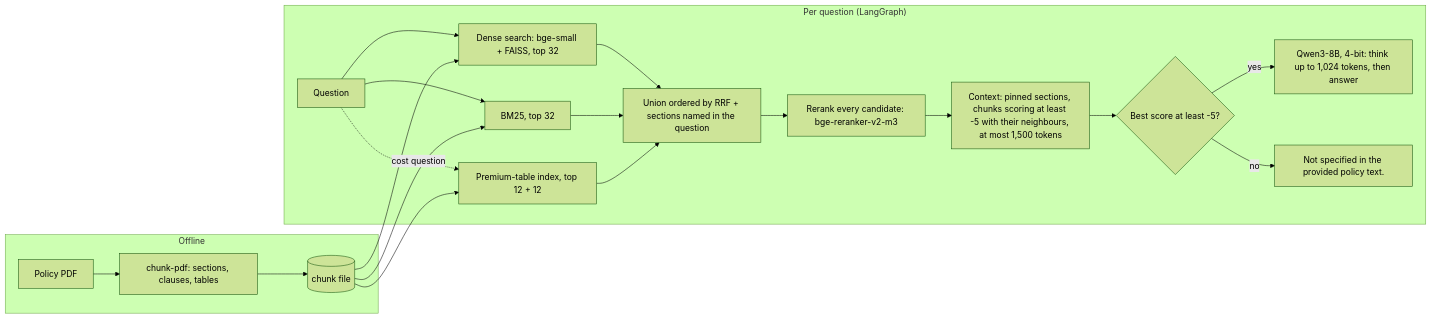
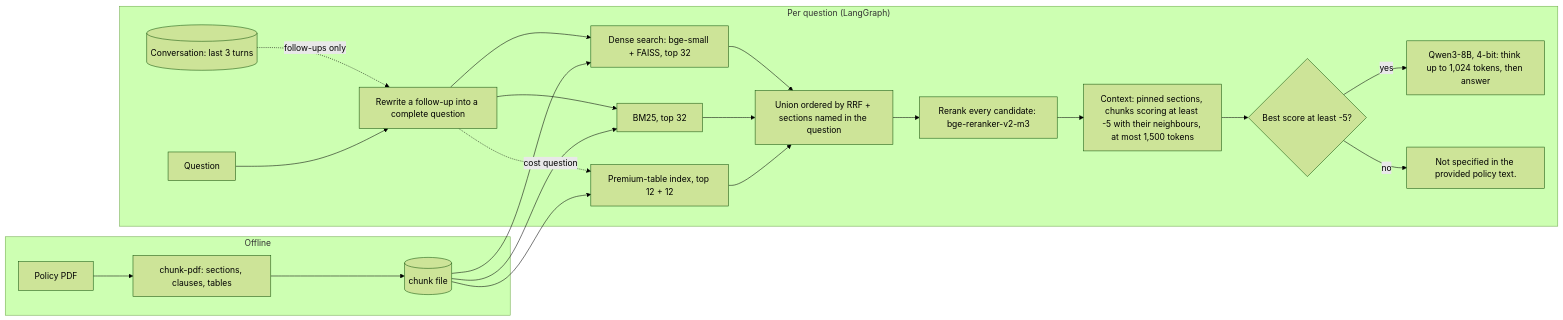
The diagram in README.md (RamkrushnaSaner/insurance-policy-rag), drawn with Mermaid (forest theme) before and after one commit. The commit also changed other lines of this file and 23 other files, not shown here.

First line of the commit message:
Add conversation memory for follow-up questions (v3.3.0)

````diff
--- a/README.md
+++ b/README.md
@@ -57,22 +59,24 @@
 ```mermaid
 flowchart LR
   subgraph Offline
     PDF[Policy PDF] --> CHK["chunk-pdf: sections, clauses, tables"] --> CF[(chunk file)]
   end
   subgraph "Per question (LangGraph)"
-    Q[Question] --> D["Dense search: bge-small + FAISS, top 32"]
-    Q --> B["BM25, top 32"]
-    Q -. cost question .-> P["Premium-table index, top 12 + 12"]
+    H[("Conversation: last 3 turns")] -. follow-ups only .-> W["Rewrite a follow-up into a complete question"]
+    Q[Question] --> W
+    W --> D["Dense search: bge-small + FAISS, top 32"]
+    W --> B["BM25, top 32"]
+    W -. cost question .-> P["Premium-table index, top 12 + 12"]
     D --> U["Union ordered by RRF + sections named in the question"]
     B --> U
     P --> U
     U --> RR["Rerank every candidate: bge-reranker-v2-m3"]
     RR --> C["Context: pinned sections, chunks scoring at least -5 with their neighbours, at most 1,500 tokens"]
     C --> G{"Best score at least -5?"}
     G -- yes --> L["Qwen3-8B, 4-bit: think up to 1,024 tokens, then answer"]
     G -- no --> N["Not specified in the provided policy text."]
   end
   CF --> D
   CF --> B
   CF --> P
 ```
````
